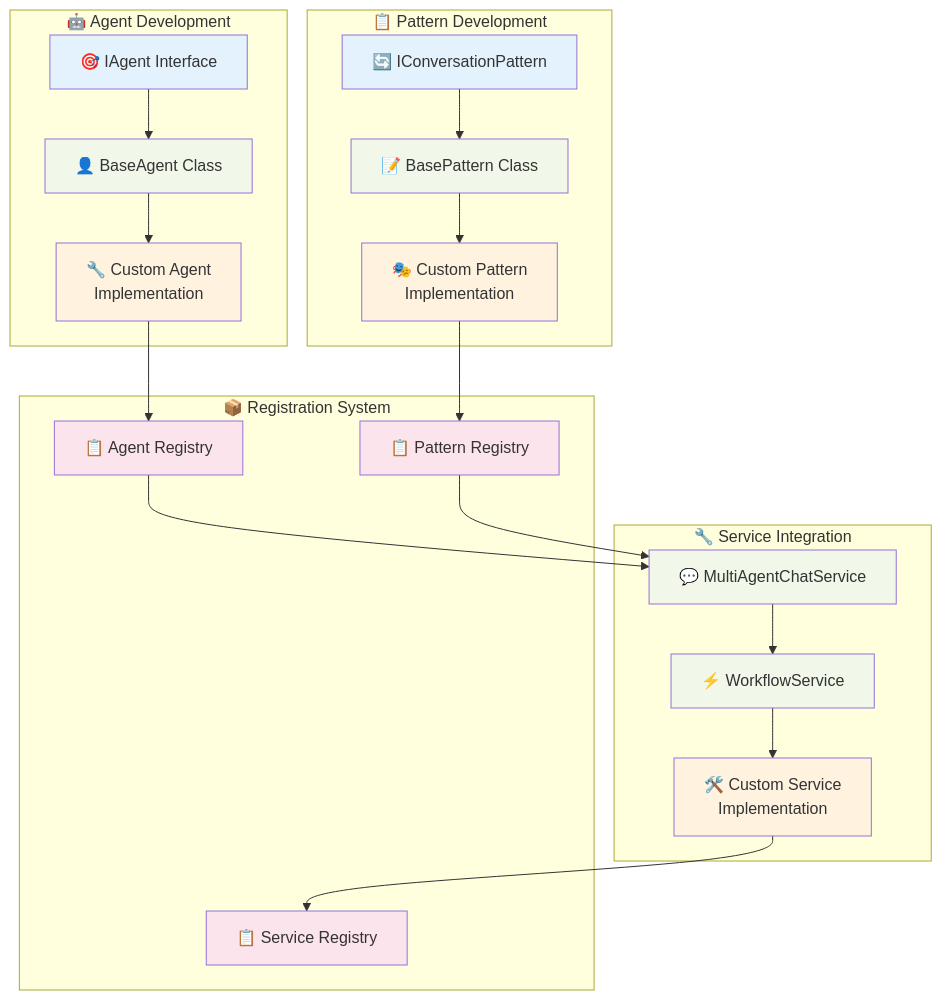
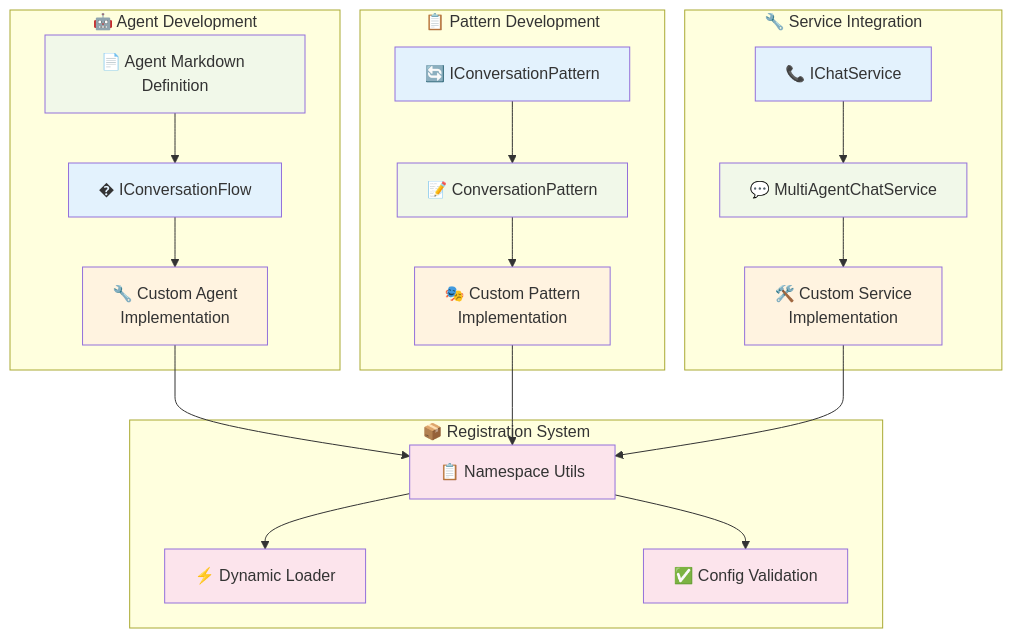
One commit to the-ingenious-dark-knight/Insight_Ingenious changed the fourth of 11 diagrams in docs/development/README.md. Above: the diagram before and after it, drawn with Mermaid. The commit also changed other lines of this file and 3 other files, not shown here.

Commit message:
fix: Update API documentation to include new conversation and diagnostic APIs, and improve workflow examples

````diff
--- a/docs/development/README.md
+++ b/docs/development/README.md
@@ -389,51 +389,51 @@
 ```mermaid
 graph TB
     subgraph "🤖 Agent Development"
-        AGENT_INTERFACE[🎯 IAgent Interface]
-        BASE_AGENT[👤 BaseAgent Class]
+        AGENT_MARKDOWN[📄 Agent Markdown Definition]
+        AGENT_FLOW[� IConversationFlow]
         CUSTOM_AGENT[🔧 Custom Agent<br/>Implementation]
     end
 
     subgraph "📋 Pattern Development"
         PATTERN_INTERFACE[🔄 IConversationPattern]
-        BASE_PATTERN[📝 BasePattern Class]
+        PATTERN_IMPL[📝 ConversationPattern]
         CUSTOM_PATTERN[🎭 Custom Pattern<br/>Implementation]
     end
 
     subgraph "🔧 Service Integration"
         CHAT_SERVICE[💬 MultiAgentChatService]
-        WORKFLOW_SERVICE[⚡ WorkflowService]
+        CHAT_INTERFACE[📞 IChatService]
         CUSTOM_SERVICE[🛠️ Custom Service<br/>Implementation]
     end
 
     subgraph "📦 Registration System"
-        AGENT_REGISTRY[📋 Agent Registry]
-        PATTERN_REGISTRY[📋 Pattern Registry]
-        SERVICE_REGISTRY[📋 Service Registry]
+        NAMESPACE_UTILS[📋 Namespace Utils]
+        DYNAMIC_LOADER[⚡ Dynamic Loader]
+        CONFIG_VALIDATION[✅ Config Validation]
     end
 
-    AGENT_INTERFACE --> BASE_AGENT
-    BASE_AGENT --> CUSTOM_AGENT
-    CUSTOM_AGENT --> AGENT_REGISTRY
+    AGENT_MARKDOWN --> AGENT_FLOW
+    AGENT_FLOW --> CUSTOM_AGENT
+    CUSTOM_AGENT --> NAMESPACE_UTILS
 
-    PATTERN_INTERFACE --> BASE_PATTERN
-    BASE_PATTERN --> CUSTOM_PATTERN
-    CUSTOM_PATTERN --> PATTERN_REGISTRY
+    PATTERN_INTERFACE --> PATTERN_IMPL
+    PATTERN_IMPL --> CUSTOM_PATTERN
+    CUSTOM_PATTERN --> NAMESPACE_UTILS
 
-    CHAT_SERVICE --> WORKFLOW_SERVICE
-    WORKFLOW_SERVICE --> CUSTOM_SERVICE
-    CUSTOM_SERVICE --> SERVICE_REGISTRY
+    CHAT_INTERFACE --> CHAT_SERVICE
+    CHAT_SERVICE --> CUSTOM_SERVICE
+    CUSTOM_SERVICE --> NAMESPACE_UTILS
 
-    AGENT_REGISTRY --> CHAT_SERVICE
-    PATTERN_REGISTRY --> CHAT_SERVICE
+    NAMESPACE_UTILS --> DYNAMIC_LOADER
+    NAMESPACE_UTILS --> CONFIG_VALIDATION
 
     classDef interface fill:#e3f2fd
     classDef base fill:#f1f8e9
     classDef custom fill:#fff3e0
     classDef registry fill:#fce4ec
 
-    class AGENT_INTERFACE,PATTERN_INTERFACE interface
-    class BASE_AGENT,BASE_PATTERN,CHAT_SERVICE,WORKFLOW_SERVICE base
+    class AGENT_FLOW,PATTERN_INTERFACE,CHAT_INTERFACE interface
+    class AGENT_MARKDOWN,PATTERN_IMPL,CHAT_SERVICE base
     class CUSTOM_AGENT,CUSTOM_PATTERN,CUSTOM_SERVICE custom
-    class AGENT_REGISTRY,PATTERN_REGISTRY,SERVICE_REGISTRY registry
+    class NAMESPACE_UTILS,DYNAMIC_LOADER,CONFIG_VALIDATION registry
 ```
````
